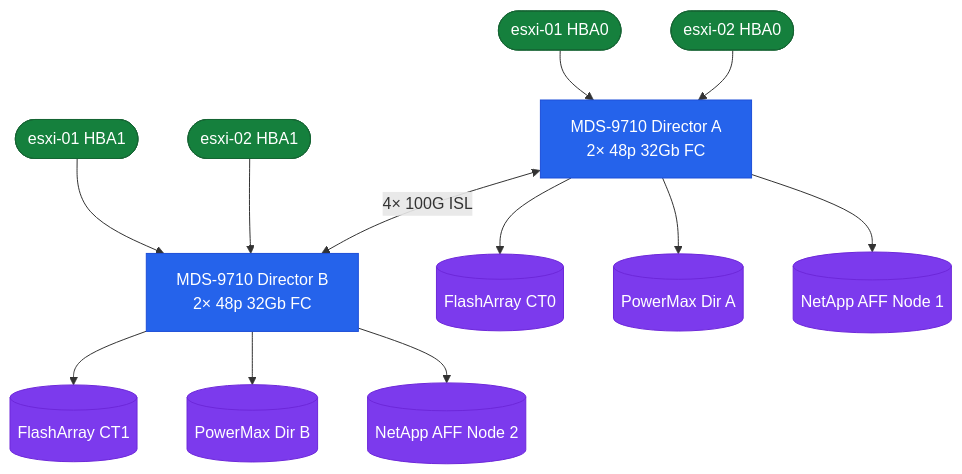
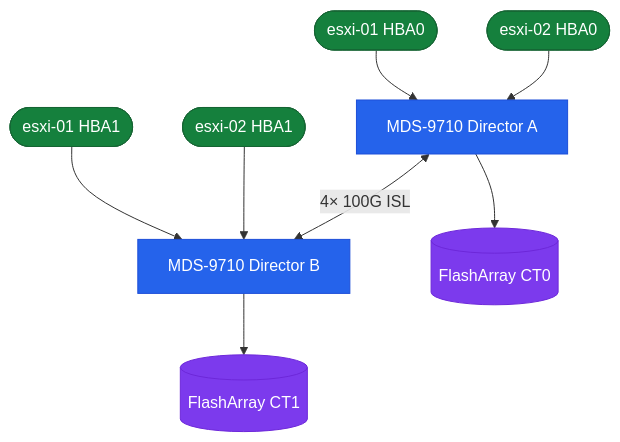
Before and after one commit to canast01/chris-kb: the diagram in docs/san/cisco/mds/architecture/index.md, drawn with Mermaid. The commit also changed other lines of this file and 28 other files, not shown here.

````diff
--- a/docs/san/cisco/mds/architecture/index.md
+++ b/docs/san/cisco/mds/architecture/index.md
@@ -9,24 +25,16 @@
 ```mermaid
 graph TB
-  H1A(["esxi-01  HBA0"]) --> MDSA["MDS-9710 Director A\n2× 48p 32Gb FC"]
-  H2A(["esxi-02  HBA0"]) --> MDSA
-  H1B(["esxi-01  HBA1"]) --> MDSB["MDS-9710 Director B\n2× 48p 32Gb FC"]
-  H2B(["esxi-02  HBA1"]) --> MDSB
-
+  H1A(["esxi-01 HBA0"]) --> MDSA["MDS-9710 Director A"]
+  H2A(["esxi-02 HBA0"]) --> MDSA
+  H1B(["esxi-01 HBA1"]) --> MDSB["MDS-9710 Director B"]
+  H2B(["esxi-02 HBA1"]) --> MDSB
   MDSA <-->|"4× 100G ISL"| MDSB
-
   MDSA --> FA_CT0[("FlashArray CT0")]
-  MDSA --> PM_A[("PowerMax Dir A")]
-  MDSA --> NA_N1[("NetApp AFF Node 1")]
   MDSB --> FA_CT1[("FlashArray CT1")]
-  MDSB --> PM_B[("PowerMax Dir B")]
-  MDSB --> NA_N2[("NetApp AFF Node 2")]
-
   classDef switch fill:#2563eb,stroke:#1d4ed8,color:#fff
   classDef host fill:#15803d,stroke:#166534,color:#fff
   classDef storage fill:#7c3aed,stroke:#6d28d9,color:#fff
-
   class MDSA,MDSB switch
   class H1A,H2A,H1B,H2B host
-  class FA_CT0,PM_A,NA_N1,FA_CT1,PM_B,NA_N2 storage
+  class FA_CT0,FA_CT1 storage
 ```
````
